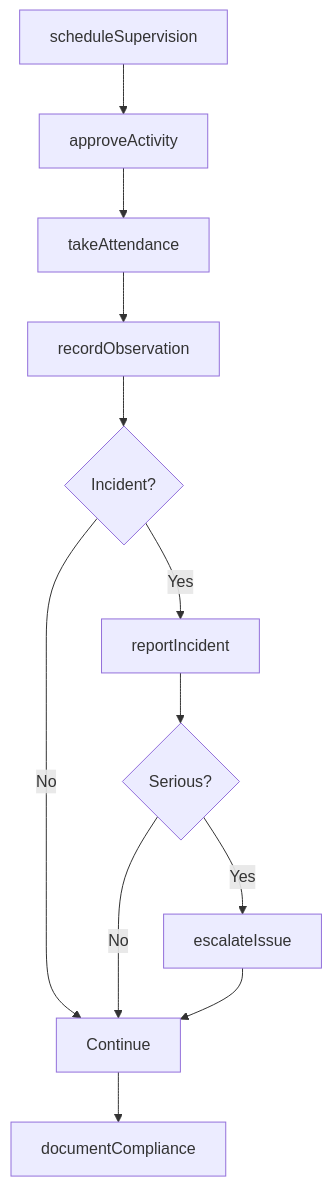
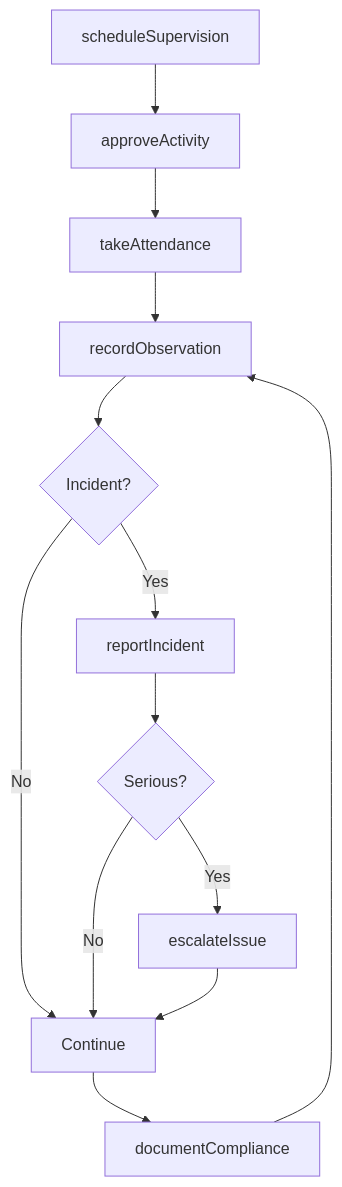
Before and after one commit to dot-org-ai/tasks.org.ai: the third of 4 diagrams in MonitoringProcessesMaterialsOrSurroundings/MonitorIndividualBehaviorOrPerformance/SuperviseSchoolStudentActivities.mdx, drawn with Mermaid. The commit also changed other lines of this file and 266 other files, not shown here.

First line of the commit message:
feat: Add ER diagrams, state diagrams to wave 2 batch (251 DWA files)

````diff
--- a/MonitoringProcessesMaterialsOrSurroundings/MonitorIndividualBehaviorOrPerformance/SuperviseSchoolStudentActivities.mdx
+++ b/MonitoringProcessesMaterialsOrSurroundings/MonitorIndividualBehaviorOrPerformance/SuperviseSchoolStudentActivities.mdx
@@ -87,14 +117,15 @@
 ```mermaid
 graph TD
     A[scheduleSupervision] --> B[approveActivity]
     B --> C[takeAttendance]
     C --> D[recordObservation]
     D --> E{Incident?}
     E -->|Yes| F[reportIncident]
     E -->|No| G[Continue]
     F --> H{Serious?}
     H -->|Yes| I[escalateIssue]
     H -->|No| G
     I --> G
     G --> J[documentCompliance]
+    J --> D
 ```
````
